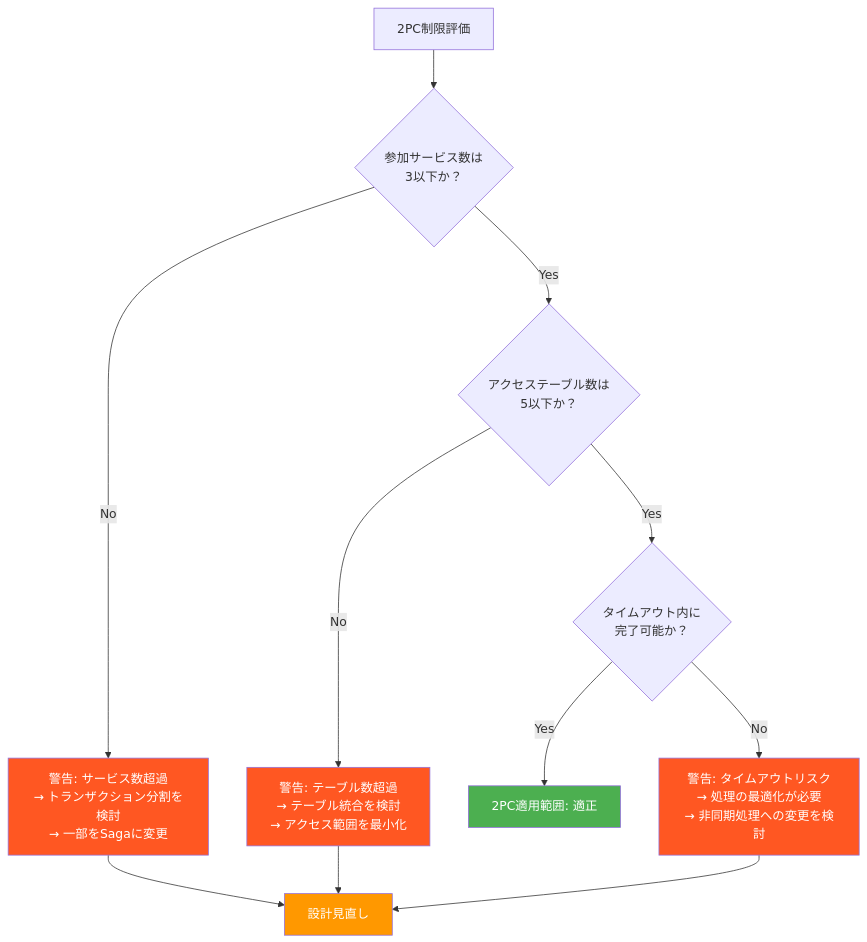
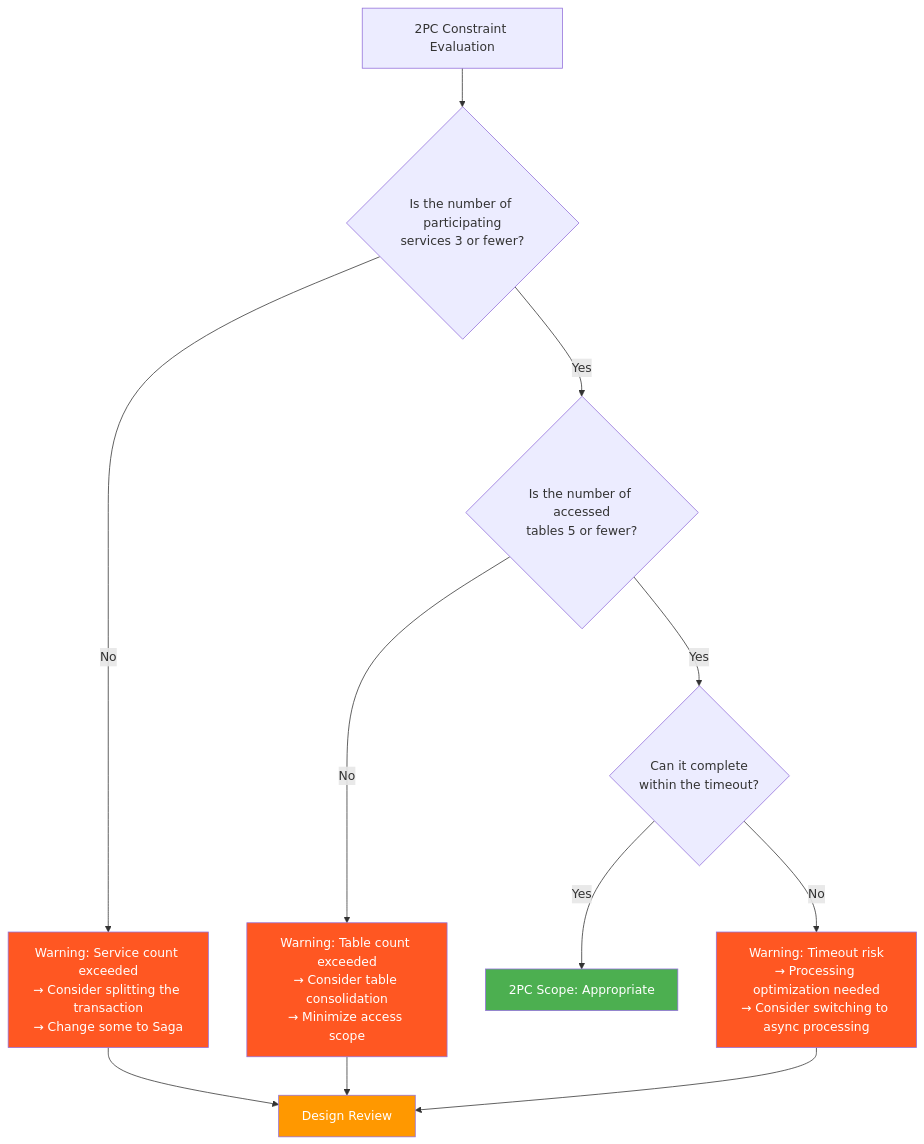
The third of 3 diagrams in workflow/greenfield/03_scalardb_scope_decision.md (wfukatsu/nexus-architect), drawn with Mermaid before and after one commit. The commit also changed other lines of this file and 6 other files, not shown here.

````diff
--- a/workflow/greenfield/03_scalardb_scope_decision.md
+++ b/workflow/greenfield/03_scalardb_scope_decision.md
@@ -128,23 +128,23 @@
 ```mermaid
 flowchart TD
-    CHECK[2PC制限評価] --> S1{参加サービス数は<br/>3以下か？}
+    CHECK["2PC Constraint Evaluation"] --> S1{"Is the number of participating<br/>services 3 or fewer?"}
 
-    S1 -->|Yes| S2{アクセステーブル数は<br/>5以下か？}
-    S1 -->|No| WARN1["警告: サービス数超過<br/>→ トランザクション分割を検討<br/>→ 一部をSagaに変更"]
+    S1 -->|Yes| S2{"Is the number of accessed<br/>tables 5 or fewer?"}
+    S1 -->|No| WARN1["Warning: Service count exceeded<br/>→ Consider splitting the transaction<br/>→ Change some to Saga"]
 
-    S2 -->|Yes| S3{タイムアウト内に<br/>完了可能か？}
-    S2 -->|No| WARN2["警告: テーブル数超過<br/>→ テーブル統合を検討<br/>→ アクセス範囲を最小化"]
+    S2 -->|Yes| S3{"Can it complete<br/>within the timeout?"}
+    S2 -->|No| WARN2["Warning: Table count exceeded<br/>→ Consider table consolidation<br/>→ Minimize access scope"]
 
-    S3 -->|Yes| OK["2PC適用範囲: 適正"]
-    S3 -->|No| WARN3["警告: タイムアウトリスク<br/>→ 処理の最適化が必要<br/>→ 非同期処理への変更を検討"]
+    S3 -->|Yes| OK["2PC Scope: Appropriate"]
+    S3 -->|No| WARN3["Warning: Timeout risk<br/>→ Processing optimization needed<br/>→ Consider switching to async processing"]
 
-    WARN1 --> REDESIGN["設計見直し"]
+    WARN1 --> REDESIGN["Design Review"]
     WARN2 --> REDESIGN
     WARN3 --> REDESIGN
 
     style OK fill:#4CAF50,color:#fff
     style WARN1 fill:#FF5722,color:#fff
     style WARN2 fill:#FF5722,color:#fff
     style WARN3 fill:#FF5722,color:#fff
     style REDESIGN fill:#FF9800,color:#fff
 ```
````
